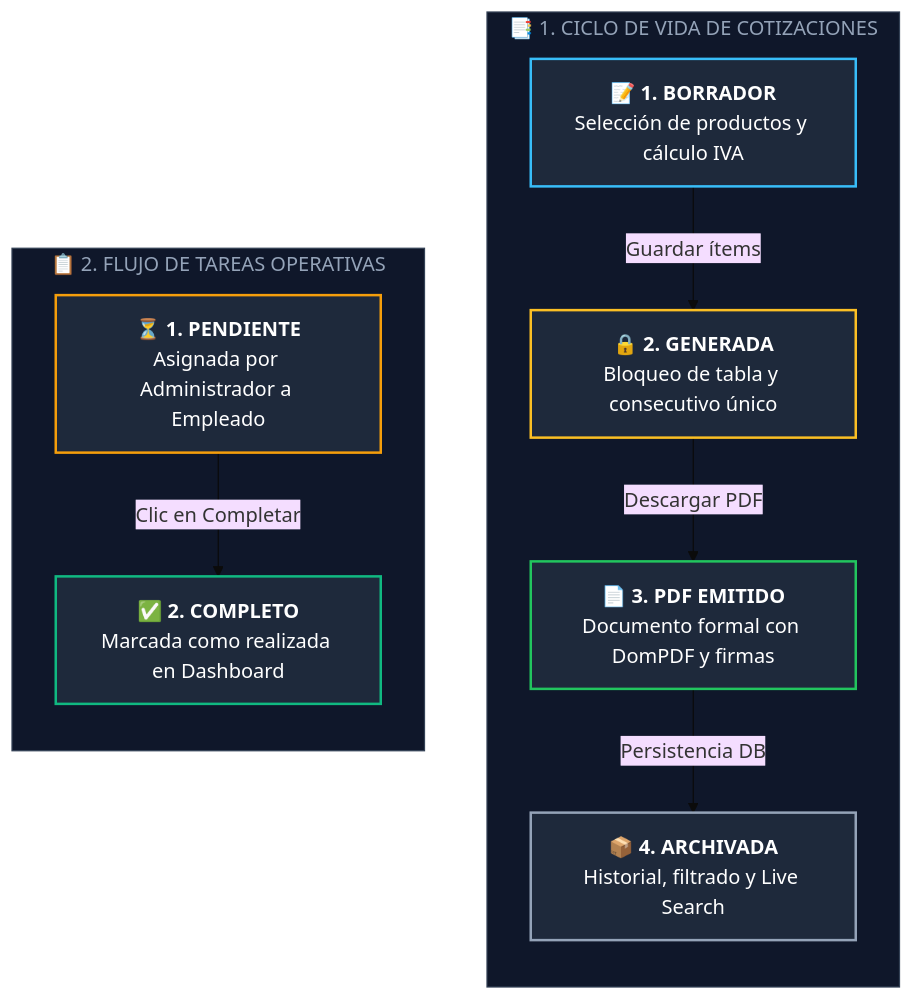
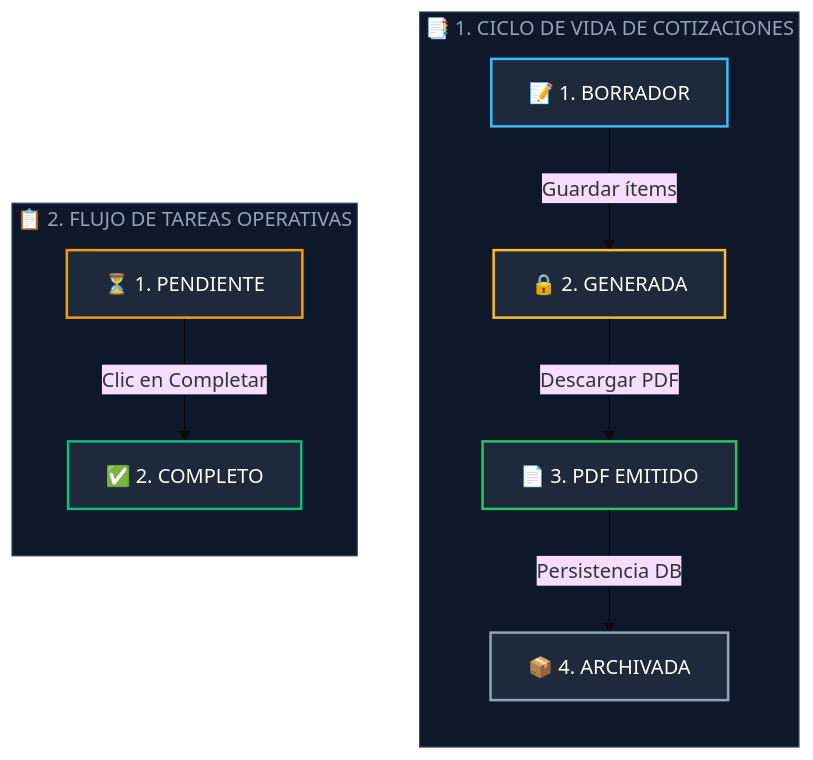
One commit to Santiago072/SistemaSodicol changed the first of 2 diagrams in docs/Especificacion_Requisitos.md. Above: the diagram before and after it, drawn with Mermaid (base theme).

Commit message:
docs: limpiar etiquetas de nodos eliminando etiquetas HTML

````diff
--- a/docs/Especificacion_Requisitos.md
+++ b/docs/Especificacion_Requisitos.md
@@ -14,31 +14,31 @@
 ```mermaid
 graph TB
     subgraph COT["📑 1. CICLO DE VIDA DE COTIZACIONES"]
         direction TB
-        C1["📝 <b>1. BORRADOR</b><br>Selección de productos y cálculo IVA"]
-        C2["🔒 <b>2. GENERADA</b><br>Bloqueo de tabla y consecutivo único"]
-        C3["📄 <b>3. PDF EMITIDO</b><br>Documento formal con DomPDF y firmas"]
-        C4["📦 <b>4. ARCHIVADA</b><br>Historial, filtrado y Live Search"]
+        C1["📝 1. BORRADOR"]
+        C2["🔒 2. GENERADA"]
+        C3["📄 3. PDF EMITIDO"]
+        C4["📦 4. ARCHIVADA"]
 
         C1 -->|"Guardar ítems"| C2
         C2 -->|"Descargar PDF"| C3
         C3 -->|"Persistencia DB"| C4
     end
 
     subgraph TAR["📋 2. FLUJO DE TAREAS OPERATIVAS"]
         direction TB
-        T1["⏳ <b>1. PENDIENTE</b><br>Asignada por Administrador a Empleado"]
-        T2["✅ <b>2. COMPLETO</b><br>Marcada como realizada en Dashboard"]
+        T1["⏳ 1. PENDIENTE"]
+        T2["✅ 2. COMPLETO"]
 
         T1 -->|"Clic en Completar"| T2
     end
 
     style C1 fill:#1e293b,stroke:#38bdf8,stroke-width:2px,color:#ffffff
     style C2 fill:#1e293b,stroke:#fbbf24,stroke-width:2px,color:#ffffff
     style C3 fill:#1e293b,stroke:#22c55e,stroke-width:2px,color:#ffffff
     style C4 fill:#1e293b,stroke:#94a3b8,stroke-width:2px,color:#ffffff
     style T1 fill:#1e293b,stroke:#f59e0b,stroke-width:2px,color:#ffffff
     style T2 fill:#1e293b,stroke:#10b981,stroke-width:2px,color:#ffffff
     style COT fill:#0f172a,stroke:#334155,stroke-width:1px,color:#94a3b8
     style TAR fill:#0f172a,stroke:#334155,stroke-width:1px,color:#94a3b8
 ```
````
